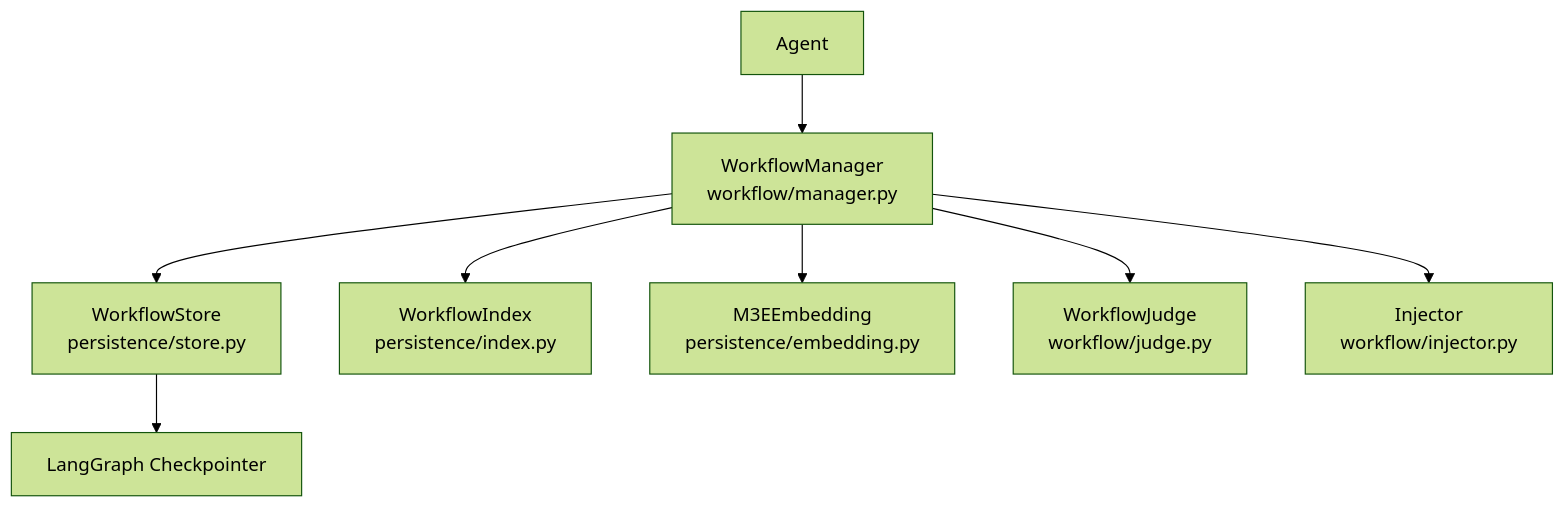
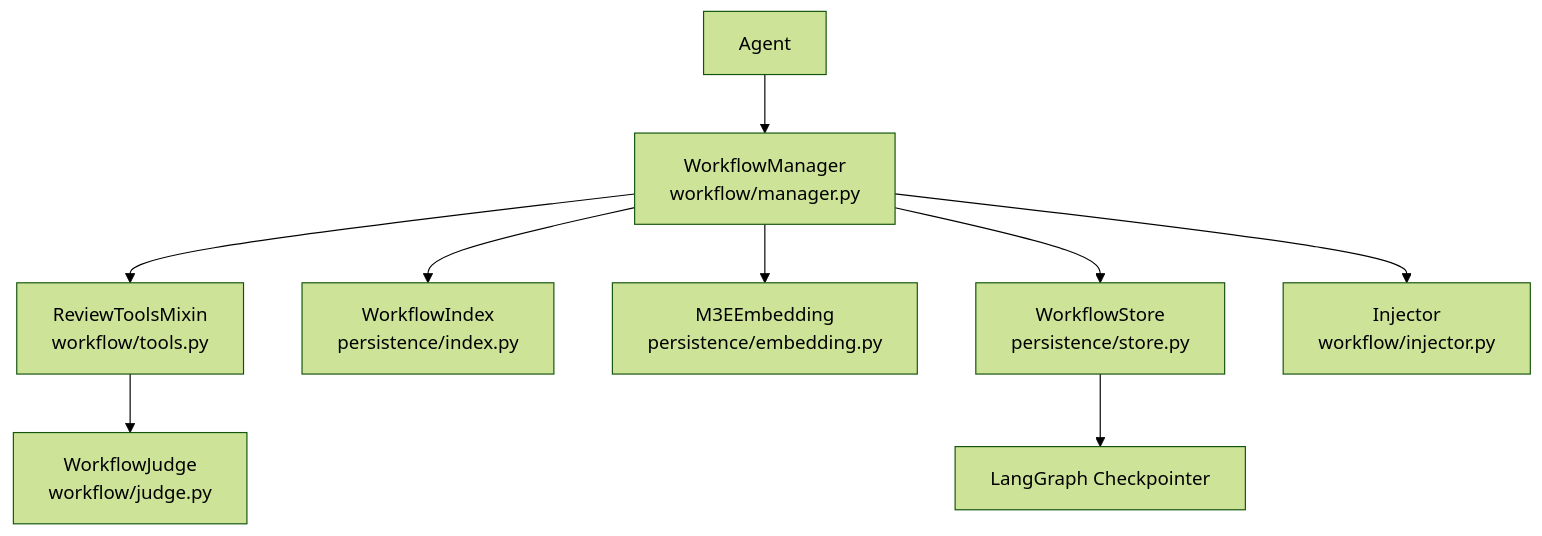
The first of 5 diagrams in docs/Design.md (Mag1cry/WorkflowRAG), drawn with Mermaid (forest theme) before and after one commit. The commit also changed other lines of this file and 10 other files, not shown here.

First line of the commit message:
refactor: 重度整理项目结构 v0.8.0 — 拆分 tools.py、自动 schema、eval 重构、pyproject

````diff
--- a/docs/Design.md
+++ b/docs/Design.md
@@ -109,19 +111,21 @@
 ```mermaid
 flowchart TB
     Agent[Agent]
     WM[WorkflowManager<br/>workflow/manager.py]
     WS[WorkflowStore<br/>persistence/store.py]
     WI[WorkflowIndex<br/>persistence/index.py]
     EM[M3EEmbedding<br/>persistence/embedding.py]
+    T[ReviewToolsMixin<br/>workflow/tools.py]
     J[WorkflowJudge<br/>workflow/judge.py]
     INJ[Injector<br/>workflow/injector.py]
     CP[LangGraph Checkpointer]
 
     Agent --> WM
-    WM --> J
+    WM --> T
+    T --> J
     WM --> INJ
     WM --> WS
     WM --> WI
     WM --> EM
     WS --> CP
 ```
````
